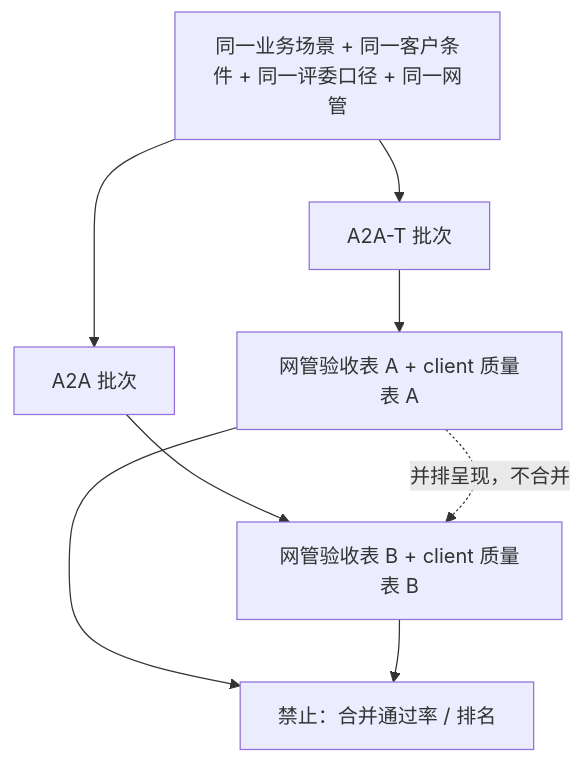
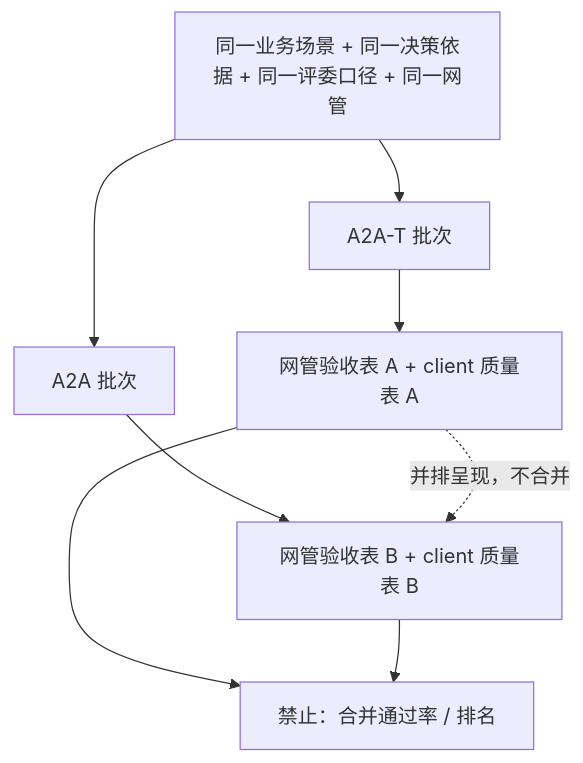
One commit to project-openan/a2a-t-sdk-python changed diagram 11 of 11 in a2a-t-sample/ran-energy-saving/TESTER-ARCHITECTURE.md. Above: the diagram before and after it, drawn with Mermaid. The commit also changed other lines of this file, not shown here.

````diff
--- a/a2a-t-sample/ran-energy-saving/TESTER-ARCHITECTURE.md
+++ b/a2a-t-sample/ran-energy-saving/TESTER-ARCHITECTURE.md
@@ -414,11 +432,11 @@
 ```mermaid
 flowchart TB
-  S["同一业务场景 + 同一客户条件 + 同一评委口径 + 同一网管"]
+  S["同一业务场景 + 同一决策依据 + 同一评委口径 + 同一网管"]
   S --> A["A2A-T 批次"]
   S --> B["A2A 批次"]
   A --> RA["网管验收表 A + client 质量表 A"]
   B --> RB["网管验收表 B + client 质量表 B"]
   RA -.->|"并排呈现，不合并"| RB
   RA --> X["禁止：合并通过率 / 排名"]
   RB --> X
 ```
````
